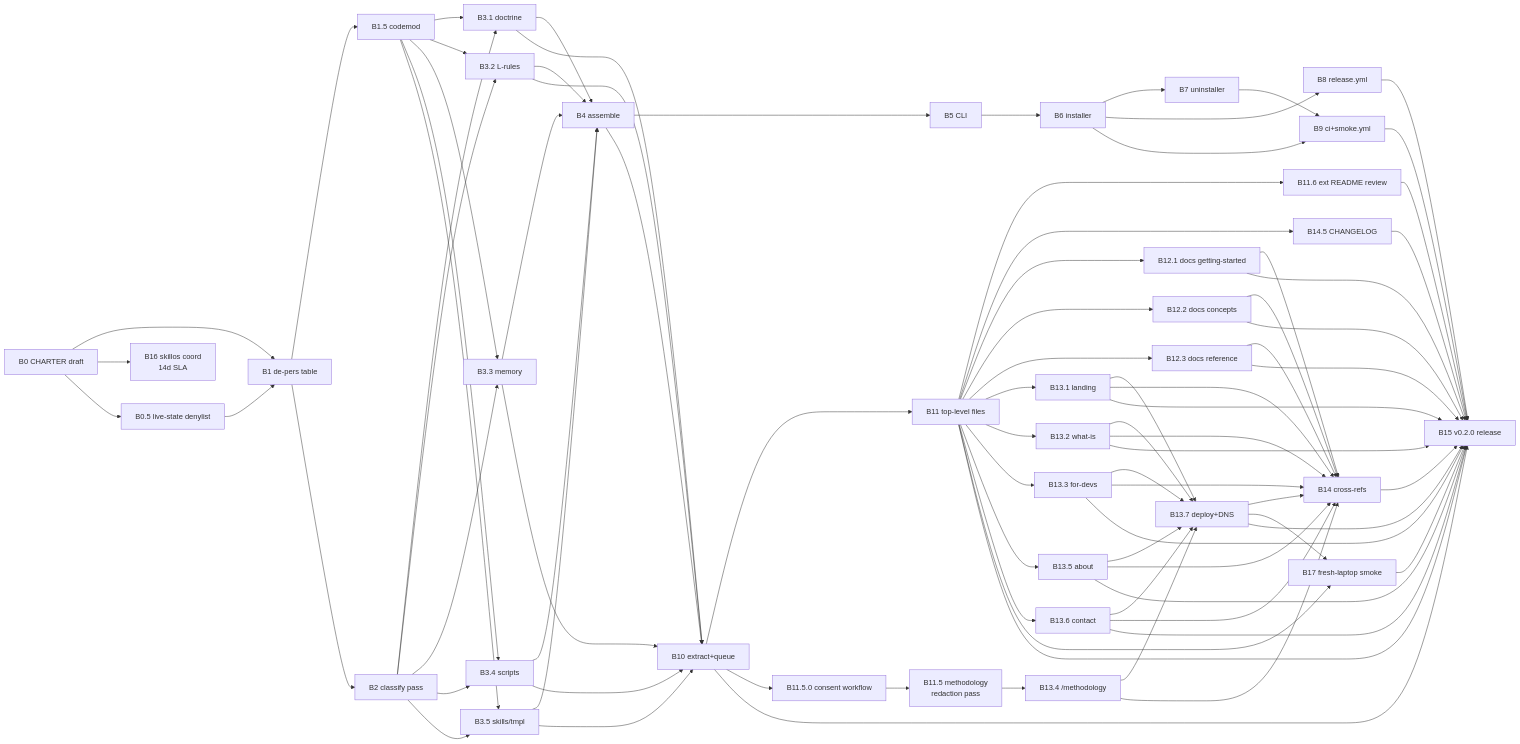
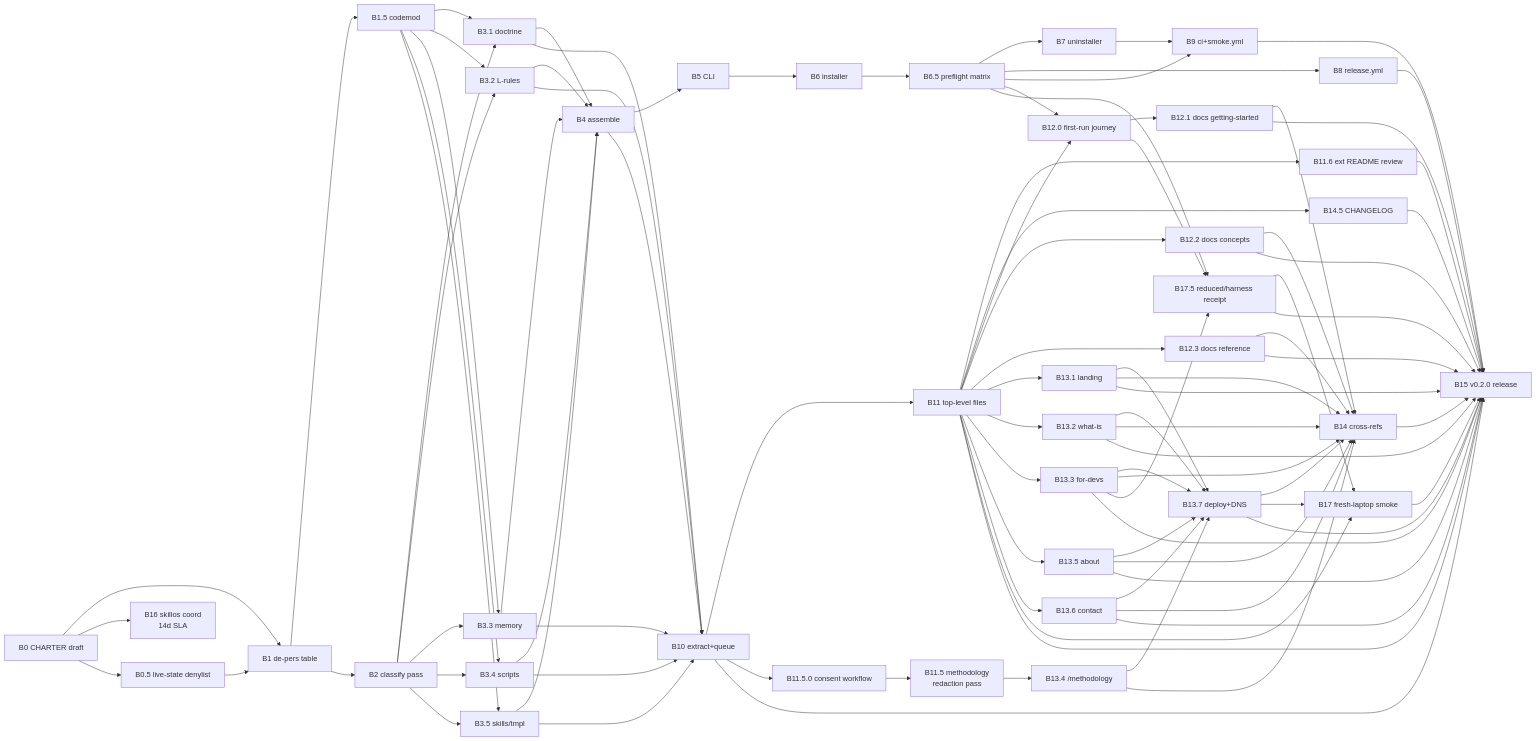
The diagram in .flywheel/PLANS/public-share-readiness-2026-05-12/04-BEADS-DAG.md (JYeswak/flywheel), drawn with Mermaid before and after one commit. The commit also changed other lines of this file and 1 other file, not shown here.

````diff
--- a/.flywheel/PLANS/public-share-readiness-2026-05-12/04-BEADS-DAG.md
+++ b/.flywheel/PLANS/public-share-readiness-2026-05-12/04-BEADS-DAG.md
@@ -52,6 +54,7 @@
     B4[B4 assemble]
     B5[B5 CLI]
     B6[B6 installer]
+    B65[B6.5 preflight matrix]
 
     %% Wave 4: Installer + verification
     B7[B7 uninstaller]
@@ -67,6 +70,7 @@
     B145[B14.5 CHANGELOG]
 
     %% Wave 6: Webpage + launch
+    B120[B12.0 first-run journey]
     B121[B12.1 docs getting-started]
     B122[B12.2 docs concepts]
     B123[B12.3 docs reference]
@@ -79,6 +83,7 @@
     B137[B13.7 deploy+DNS]
     B14[B14 cross-refs]
     B17[B17 fresh-laptop smoke]
+    B175[B17.5 reduced/harness receipt]
 
     %% Wave 7: Post-launch
     B15[B15 v0.2.0 release]
@@ -95,9 +100,10 @@
     B31 & B32 & B33 & B34 & B35 --> B4
     B4 --> B5
     B5 --> B6
-    B6 --> B7
-    B6 --> B8
-    B6 --> B9
+    B6 --> B65
+    B65 --> B7
+    B65 --> B8
+    B65 --> B9
     B7 --> B9
     B31 & B32 & B33 & B34 & B35 --> B10
     B4 --> B10
@@ -106,11 +112,15 @@
     B115z --> B115
     B11 --> B116
     B11 --> B145
-    B11 --> B121 & B122 & B123
+    B11 --> B120
+    B65 --> B120
+    B120 --> B121
+    B11 --> B122 & B123
     B11 --> B131 & B132 & B133 & B135 & B136
     B115 --> B134
     B131 & B132 & B133 & B134 & B135 & B136 --> B137
     B121 & B122 & B123 & B131 & B132 & B133 & B134 & B135 & B136 & B137 --> B14
-    B11 & B137 --> B17
-    B8 & B9 & B10 & B11 & B116 & B121 & B122 & B123 & B131 & B132 & B133 & B135 & B136 & B137 & B14 & B145 & B17 --> B15
+    B65 & B120 & B133 --> B175
+    B11 & B137 & B175 --> B17
+    B8 & B9 & B10 & B11 & B116 & B121 & B122 & B123 & B131 & B132 & B133 & B135 & B136 & B137 & B14 & B145 & B17 & B175 --> B15
 ```
````
